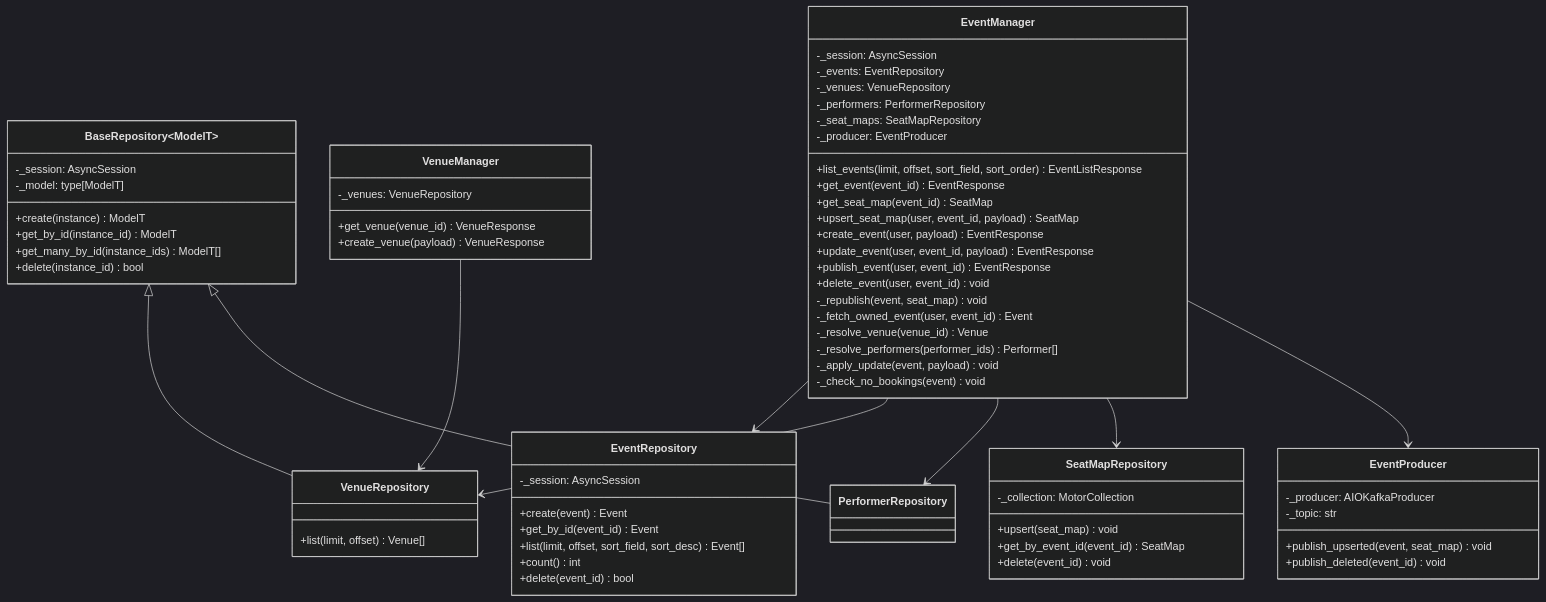
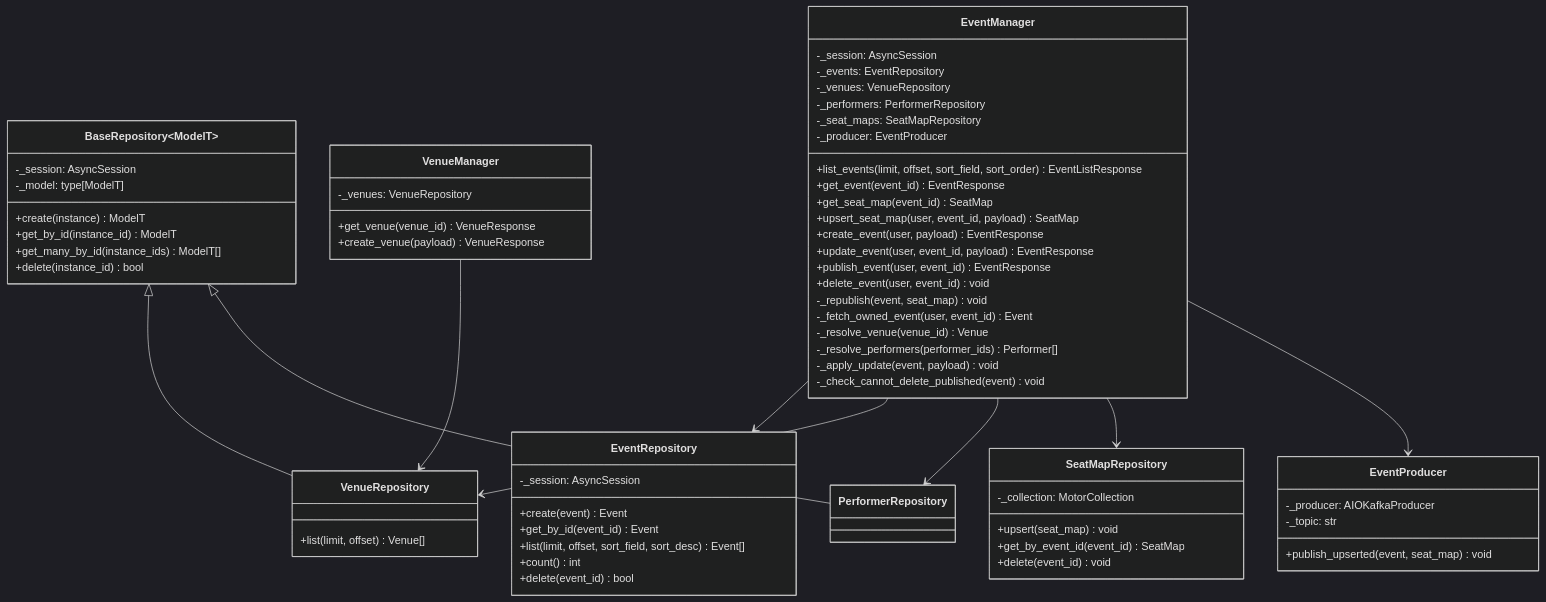
One commit to STRYKER316/event-ticketing-platform changed the first of 3 diagrams in docs/report/class-diagrams.md. Above: the diagram before and after it, drawn with Mermaid (dark theme). The commit also changed other lines of this file and 12 other files, not shown here.

````diff
--- a/docs/report/class-diagrams.md
+++ b/docs/report/class-diagrams.md
@@ -12,79 +9,78 @@
 ```mermaid
 classDiagram
     class EventManager {
         -_session: AsyncSession
         -_events: EventRepository
         -_venues: VenueRepository
         -_performers: PerformerRepository
         -_seat_maps: SeatMapRepository
         -_producer: EventProducer
         +list_events(limit, offset, sort_field, sort_order) EventListResponse
         +get_event(event_id) EventResponse
         +get_seat_map(event_id) SeatMap
         +upsert_seat_map(user, event_id, payload) SeatMap
         +create_event(user, payload) EventResponse
         +update_event(user, event_id, payload) EventResponse
         +publish_event(user, event_id) EventResponse
         +delete_event(user, event_id) void
         -_republish(event, seat_map) void
         -_fetch_owned_event(user, event_id) Event
         -_resolve_venue(venue_id) Venue
         -_resolve_performers(performer_ids) Performer[]
         -_apply_update(event, payload) void
-        -_check_no_bookings(event) void
+        -_check_cannot_delete_published(event) void
     }
 
     class VenueManager {
         -_venues: VenueRepository
         +get_venue(venue_id) VenueResponse
         +create_venue(payload) VenueResponse
     }
 
     class BaseRepository~ModelT~ {
         -_session: AsyncSession
         -_model: type[ModelT]
         +create(instance) ModelT
         +get_by_id(instance_id) ModelT
         +get_many_by_id(instance_ids) ModelT[]
         +delete(instance_id) bool
     }
 
     class EventRepository {
         -_session: AsyncSession
         +create(event) Event
         +get_by_id(event_id) Event
         +list(limit, offset, sort_field, sort_desc) Event[]
         +count() int
         +delete(event_id) bool
     }
 
     class VenueRepository {
         +list(limit, offset) Venue[]
     }
 
     class PerformerRepository
 
     class SeatMapRepository {
         -_collection: MotorCollection
         +upsert(seat_map) void
         +get_by_event_id(event_id) SeatMap
         +delete(event_id) void
     }
 
     class EventProducer {
         -_producer: AIOKafkaProducer
         -_topic: str
         +publish_upserted(event, seat_map) void
-        +publish_deleted(event_id) void
     }
 
     BaseRepository <|-- VenueRepository
     BaseRepository <|-- PerformerRepository
 
     EventManager --> EventRepository
     EventManager --> VenueRepository
     EventManager --> PerformerRepository
     EventManager --> SeatMapRepository
     EventManager --> EventProducer
     VenueManager --> VenueRepository
 ```
````
